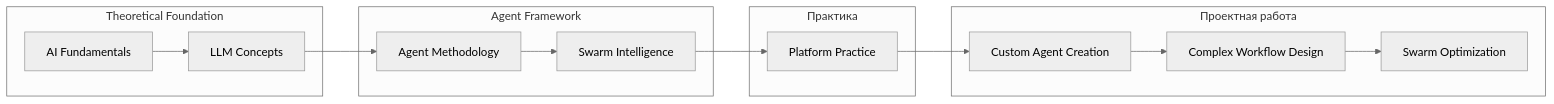
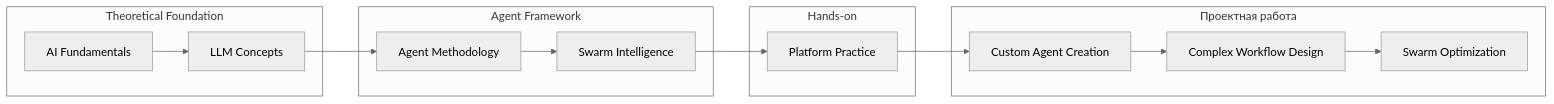
The fourth of 4 diagrams in README.md (ivan-meer/ai-labs-project), drawn with Mermaid (neutral theme) before and after one commit. The commit also changed other lines of this file and 5 other files, not shown here.

````diff
--- a/README.md
+++ b/README.md
@@ -292,31 +292,31 @@
 ```mermaid
 graph LR
     A[AI Fundamentals] --> B[LLM Concepts]
     B --> C[Agent Methodology]
     C --> D[Swarm Intelligence]
     D --> E[Platform Practice]
     
     subgraph Theoretical Foundation
         A
         B
     end
     
     subgraph Agent Framework
         C
         D
     end
     
-    subgraph Практика
+    subgraph Hands-on
         E
     end
     
     E --> F[Custom Agent Creation]
     F --> G[Complex Workflow Design]
     G --> H[Swarm Optimization]
     
     subgraph Проектная работа
         F
         G
         H
     end
 ```
````
